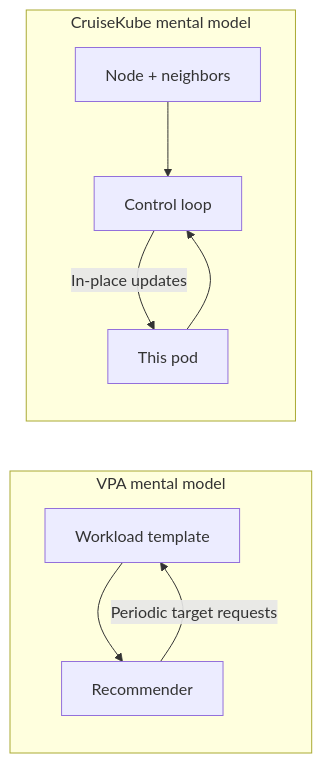
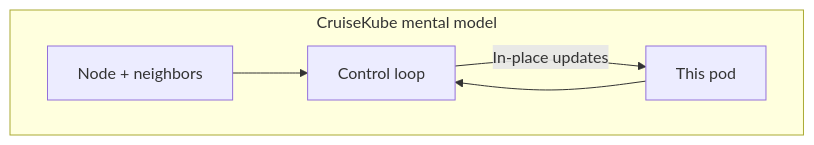
Before and after one commit to truefoundry/CruiseKube: the second of 2 diagrams in docs/about/comp-vs-vpa.md, drawn with Mermaid. The commit also changed other lines of this file and 22 other files, not shown here.

````diff
--- a/docs/about/comp-vs-vpa.md
+++ b/docs/about/comp-vs-vpa.md
@@ -30,17 +45,11 @@
 ```mermaid
-flowchart LR
-  subgraph vpa[VPA mental model]
-    W[Workload template]
-    R[Recommender]
-    W --> R
-    R -->|"Periodic target requests"| W
-  end
+flowchart TB
   subgraph ck[CruiseKube mental model]
     N[Node + neighbors]
     P[This pod]
     L[Control loop]
     P --> L
     N --> L
     L -->|"In-place updates"| P
   end
 ```
````
